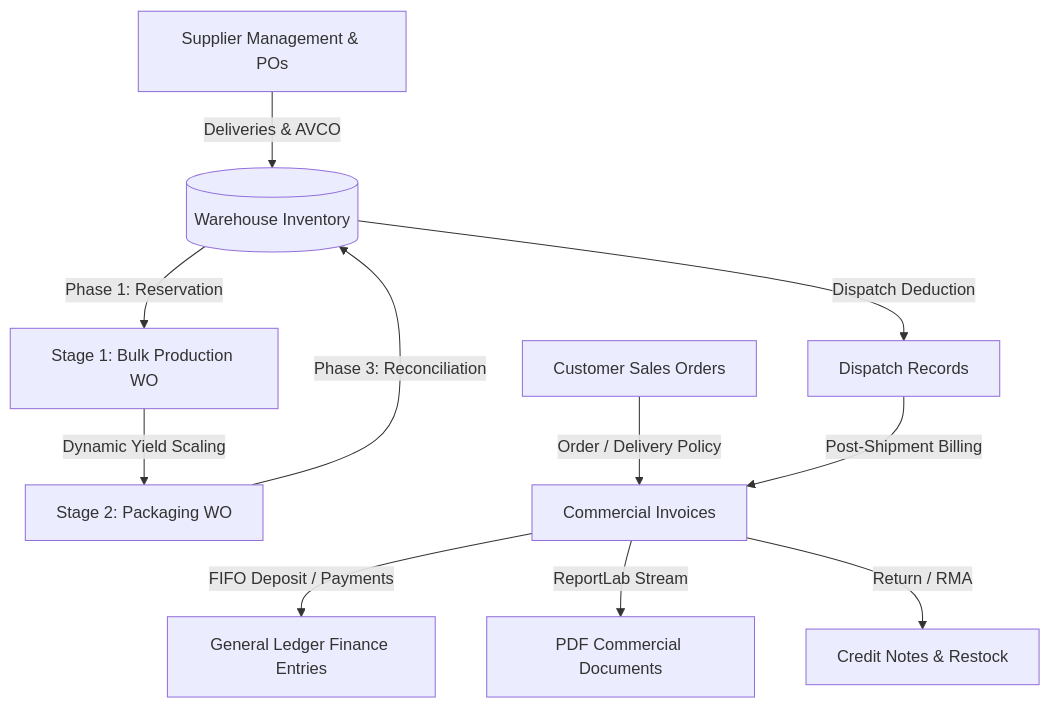
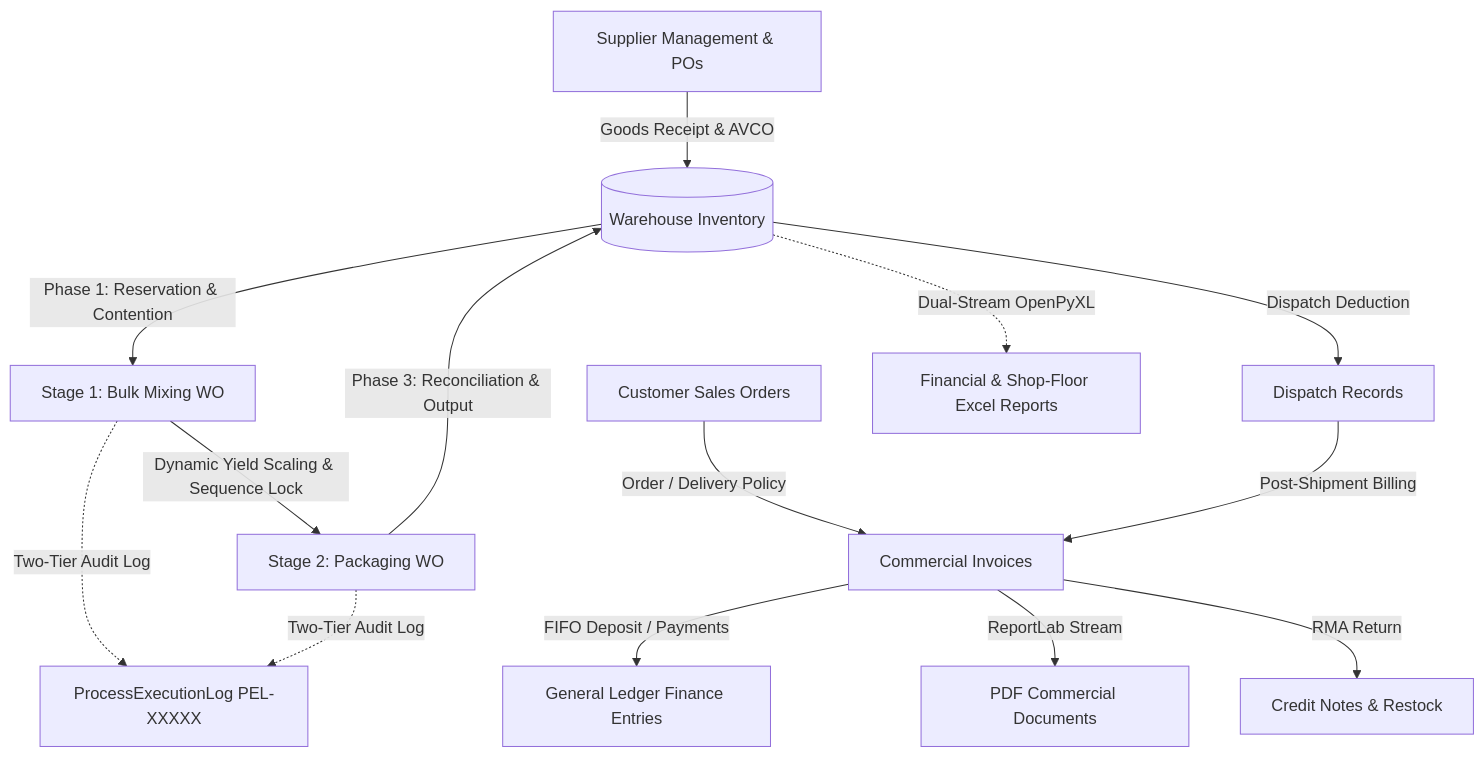
The diagram in README.md (Mantra2226/djangosystem), drawn with Mermaid before and after one commit. The commit also changed other lines of this file, not shown here.

````diff
--- a/README.md
+++ b/README.md
@@ -42,13 +42,16 @@
 ```mermaid
 graph TD
-    A[Supplier Management & POs] -->|Deliveries & AVCO| B[(Warehouse Inventory)]
-    B -->|Phase 1: Reservation| C[Stage 1: Bulk Production WO]
-    C -->|Dynamic Yield Scaling| D[Stage 2: Packaging WO]
-    D -->|Phase 3: Reconciliation| B
+    A[Supplier Management & POs] -->|Goods Receipt & AVCO| B[(Warehouse Inventory)]
+    B -->|Phase 1: Reservation & Contention| C[Stage 1: Bulk Mixing WO]
+    C -->|Dynamic Yield Scaling & Sequence Lock| D[Stage 2: Packaging WO]
+    D -->|Phase 3: Reconciliation & Output| B
     E[Customer Sales Orders] -->|Order / Delivery Policy| F[Commercial Invoices]
     B -->|Dispatch Deduction| G[Dispatch Records]
     G -->|Post-Shipment Billing| F
     F -->|FIFO Deposit / Payments| H[General Ledger Finance Entries]
     F -->|ReportLab Stream| I[PDF Commercial Documents]
-    F -->|Return / RMA| J[Credit Notes & Restock]
+    F -->|RMA Return| J[Credit Notes & Restock]
+    C -.->|Two-Tier Audit Log| K[ProcessExecutionLog PEL-XXXXX]
+    D -.->|Two-Tier Audit Log| K
+    B -.->|Dual-Stream OpenPyXL| L[Financial & Shop-Floor Excel Reports]
 ```
````
